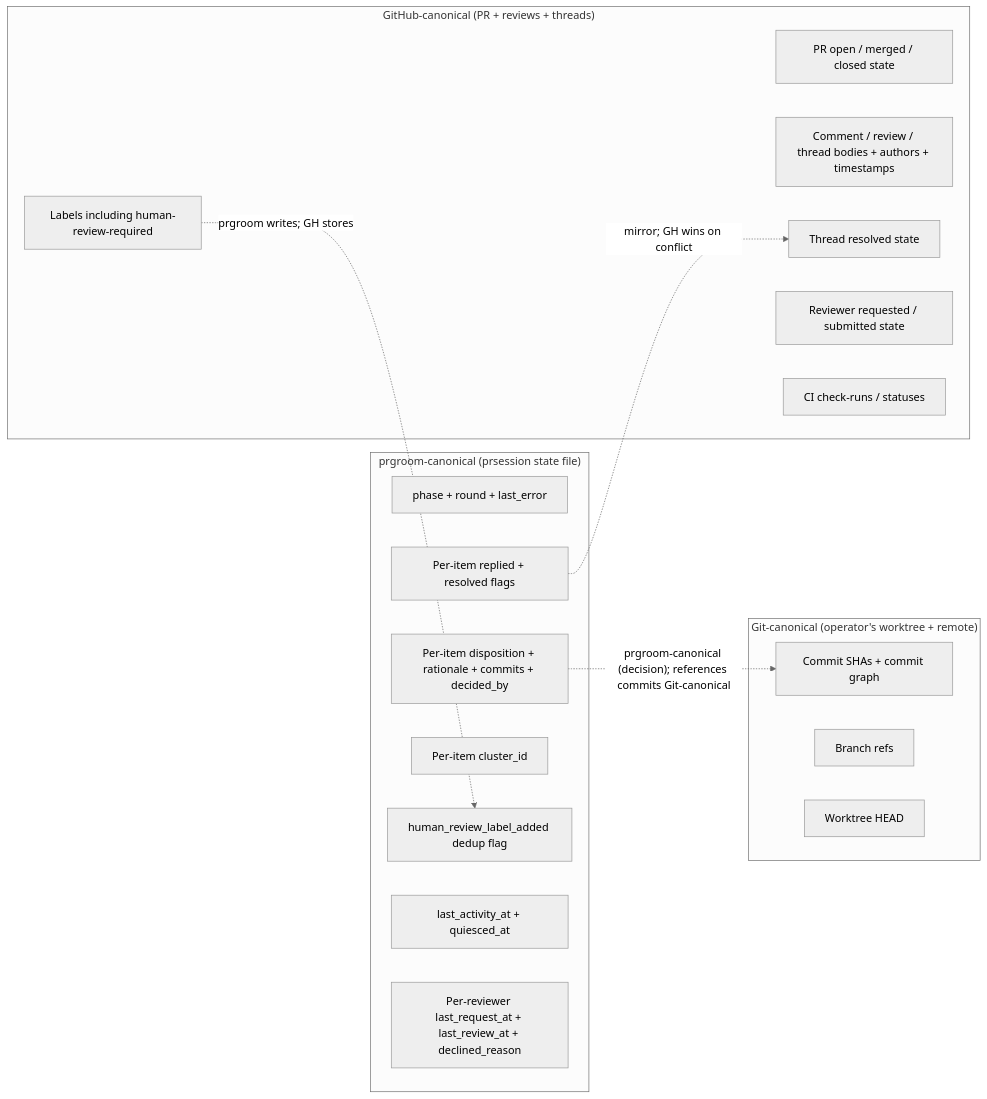
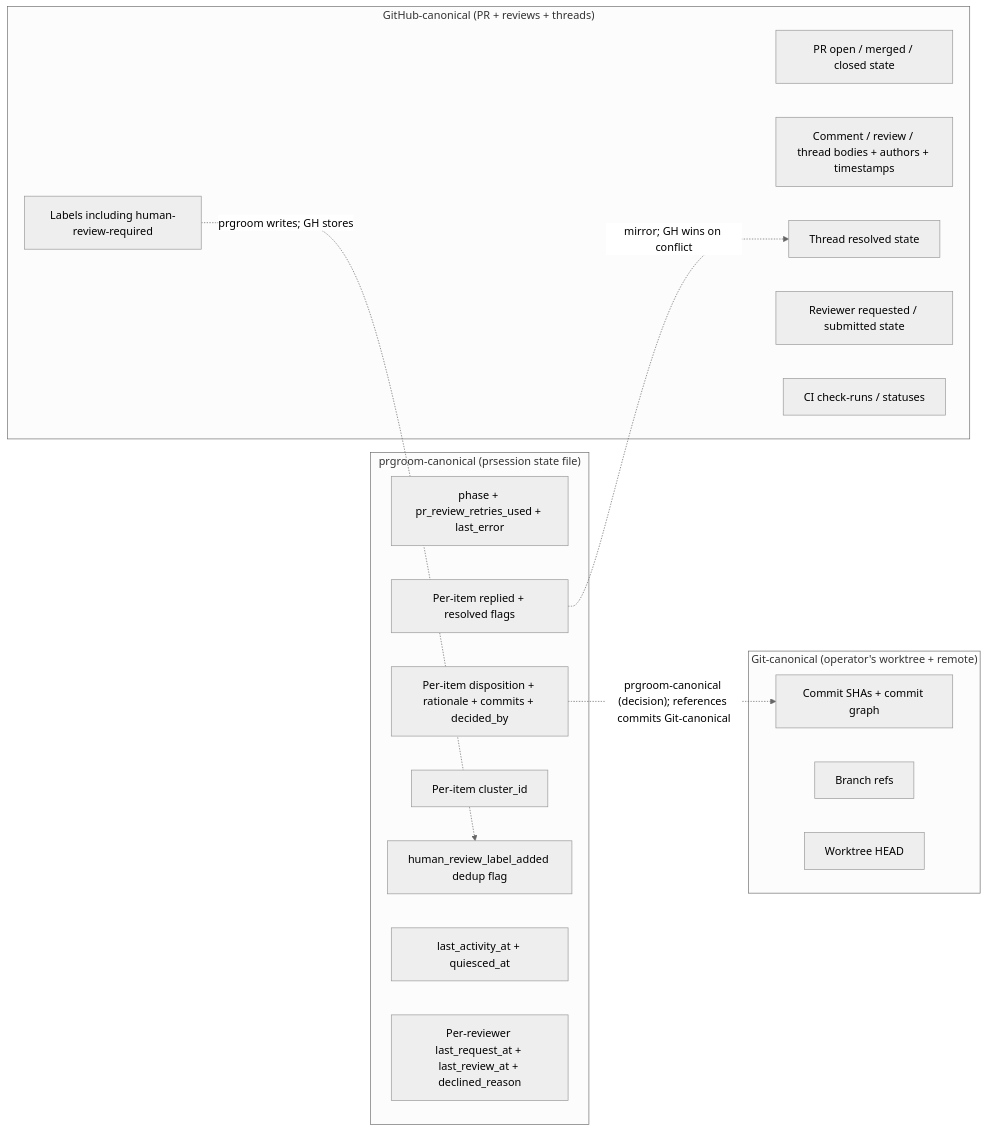
One commit to scotthamilton77/agents-config changed the second of 2 diagrams in docs/architecture/prgroom/data-view.md. Above: the diagram before and after it, drawn with Mermaid (neutral theme). The commit also changed other lines of this file and 13 other files, not shown here.

````diff
--- a/docs/architecture/prgroom/data-view.md
+++ b/docs/architecture/prgroom/data-view.md
@@ -120,31 +144,31 @@
 ```mermaid
 flowchart LR
     subgraph PG["prgroom-canonical (prsession state file)"]
-        P1[phase + round + last_error]
+        P1[phase + pr_review_retries_used + last_error]
         P2[Per-item disposition + rationale + commits + decided_by]
         P3[Per-item replied + resolved flags]
         P4[Per-item cluster_id]
         P5[human_review_label_added dedup flag]
         P6[last_activity_at + quiesced_at]
         P7[Per-reviewer last_request_at + last_review_at + declined_reason]
     end
 
     subgraph GH["GitHub-canonical (PR + reviews + threads)"]
         G1[PR open / merged / closed state]
         G2[Comment / review / thread bodies + authors + timestamps]
         G3[Thread resolved state]
         G4[Reviewer requested / submitted state]
         G5[CI check-runs / statuses]
         G6[Labels including human-review-required]
     end
 
     subgraph Git["Git-canonical (operator's worktree + remote)"]
         T1[Commit SHAs + commit graph]
         T2[Branch refs]
         T3[Worktree HEAD]
     end
 
     P3 -.->|"mirror; GH wins on conflict"| G3
     P2 -.->|"prgroom-canonical (decision); references commits Git-canonical"| T1
     G6 -.->|"prgroom writes; GH stores"| P5
 ```
````
